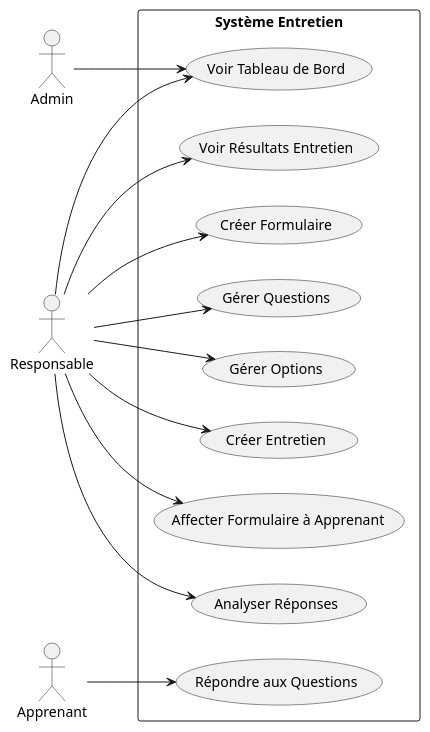
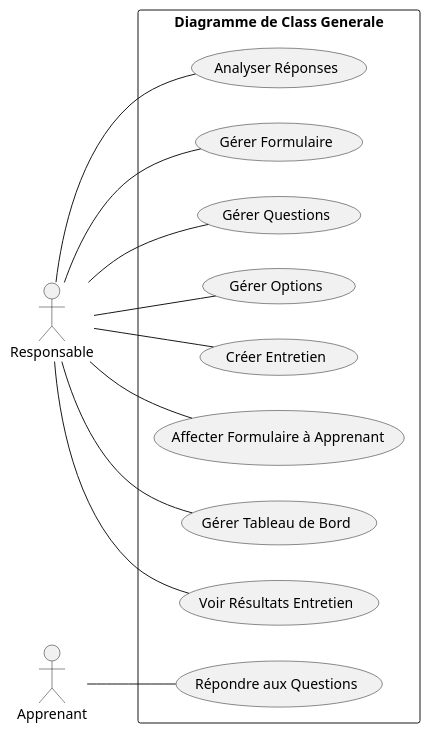
Before and after one commit to bardichoussama/FileRouge: the diagram in Branche Fonctionnelle/Analyse/UseCaseGeneral.puml, drawn with PlantUML. The commit also changed 18 other files, not shown here.

```diff
--- a/Branche Fonctionnelle/Analyse/UseCaseGeneral.puml
+++ b/Branche Fonctionnelle/Analyse/UseCaseGeneral.puml
@@ -1,33 +1,32 @@
 @startuml
 left to right direction
 
-actor Admin
+
 actor Responsable
 actor Apprenant
 
-rectangle "Système Entretien" {
-  usecase "Créer Formulaire" as UC1
+rectangle "Diagramme de Class Generale" {
+  usecase "Gérer Formulaire" as UC1
   usecase "Gérer Questions" as UC2
   usecase "Gérer Options" as UC3
   usecase "Créer Entretien" as UC4
   usecase "Affecter Formulaire à Apprenant" as UC5
-  usecase "Voir Tableau de Bord" as UC6
+  usecase "Gérer Tableau de Bord" as UC6
   usecase "Répondre aux Questions" as UC7
   usecase "Voir Résultats Entretien" as UC8
   usecase "Analyser Réponses" as UC9
 }
 
-Responsable --> UC1
-Responsable --> UC2
-Responsable --> UC3
-Responsable --> UC4
-Responsable --> UC5
-Responsable --> UC6
-Responsable --> UC8
-Responsable --> UC9
+Responsable -- UC1
+Responsable -- UC2
+Responsable -- UC3
+Responsable -- UC4
+Responsable -- UC5
+Responsable -- UC6
+Responsable -- UC8
+Responsable -- UC9
 
-Apprenant --> UC7
+Apprenant -- UC7
 
-Admin --> UC6
 
 @enduml
```
